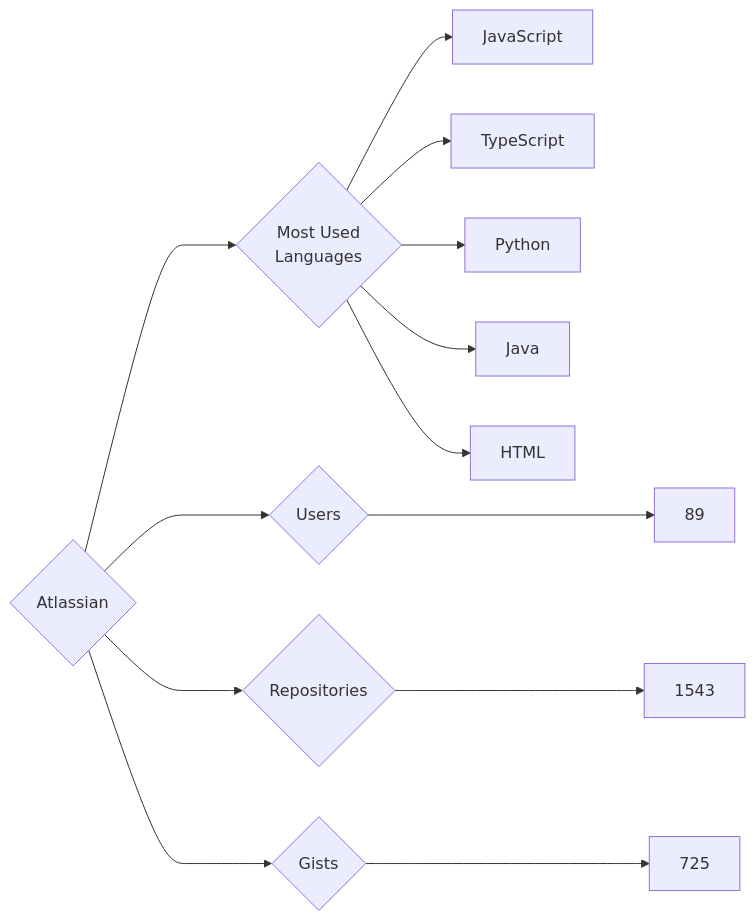
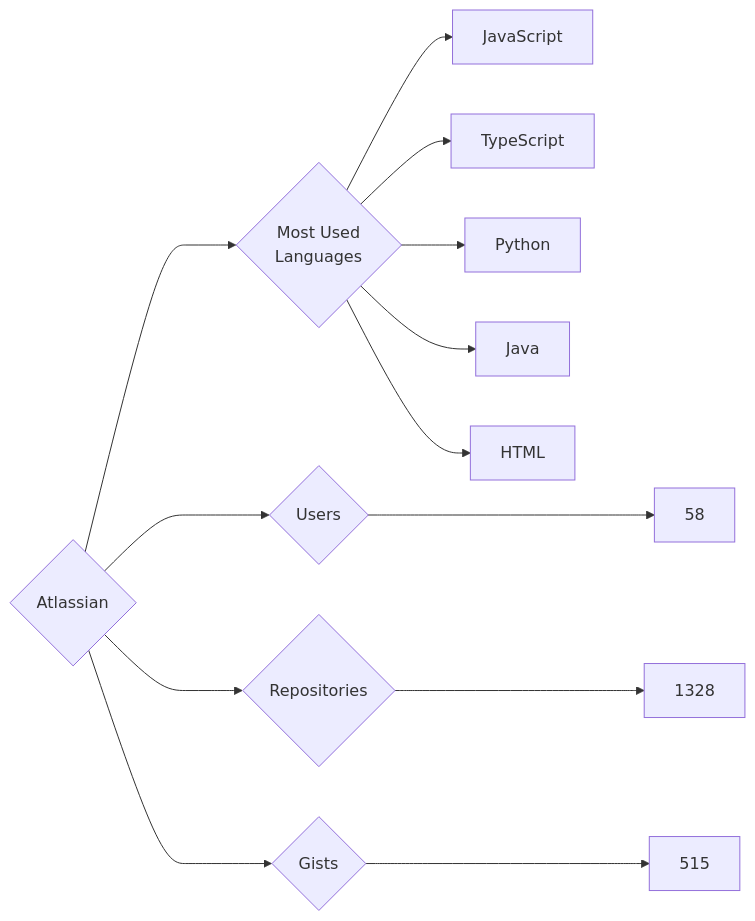
The diagram in targets/Atlassian/README.md (trickest/insiders), drawn with Mermaid before and after one commit. The commit also changed 720 other files, not shown here.

````diff
--- a/targets/Atlassian/README.md
+++ b/targets/Atlassian/README.md
@@ -3,13 +3,13 @@
 ```mermaid
 graph LR
 COMPANY_NAME{Atlassian}
-COMPANY_NAME ---> U{Users} ---> UN[89]
-COMPANY_NAME ---> R{Repositories} ---> RN[1543]
-COMPANY_NAME ---> G{Gists} ---> GN[725]
+COMPANY_NAME ---> U{Users} ---> UN[58]
+COMPANY_NAME ---> R{Repositories} ---> RN[1328]
+COMPANY_NAME ---> G{Gists} ---> GN[515]
 COMPANY_NAME ---> ML{Most Used<br>Languages}
 ML --> JavaScript[JavaScript]
 ML --> TypeScript[TypeScript]
 ML --> Python[Python]
 ML --> Java[Java]
 ML --> HTML[HTML]
 ```
````
